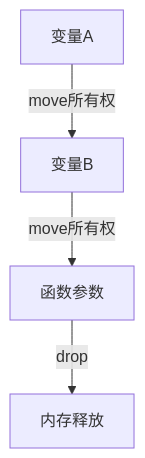
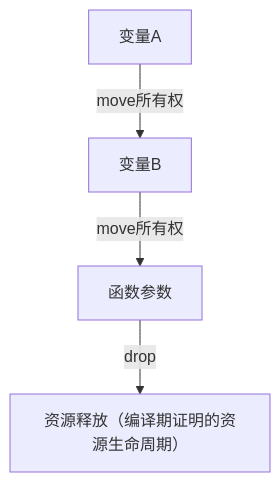
Before and after one commit to martin-ly/rust-lang: the first of 2 diagrams in docs/docs/language/core/01_ownership_borrowing/06_move_semantics.md, drawn with Mermaid. The commit also changed other lines of this file and 51 other files, not shown here.

````diff
--- a/docs/docs/language/core/01_ownership_borrowing/06_move_semantics.md
+++ b/docs/docs/language/core/01_ownership_borrowing/06_move_semantics.md
@@ -138,6 +138,6 @@
 ```mermaid
 graph TD;
     A[变量A] --move所有权--> B[变量B];
     B --move所有权--> C[函数参数];
-    C --drop--> D[内存释放];
+    C --drop--> D[资源释放（编译期证明的资源生命周期）];
 ```
````
